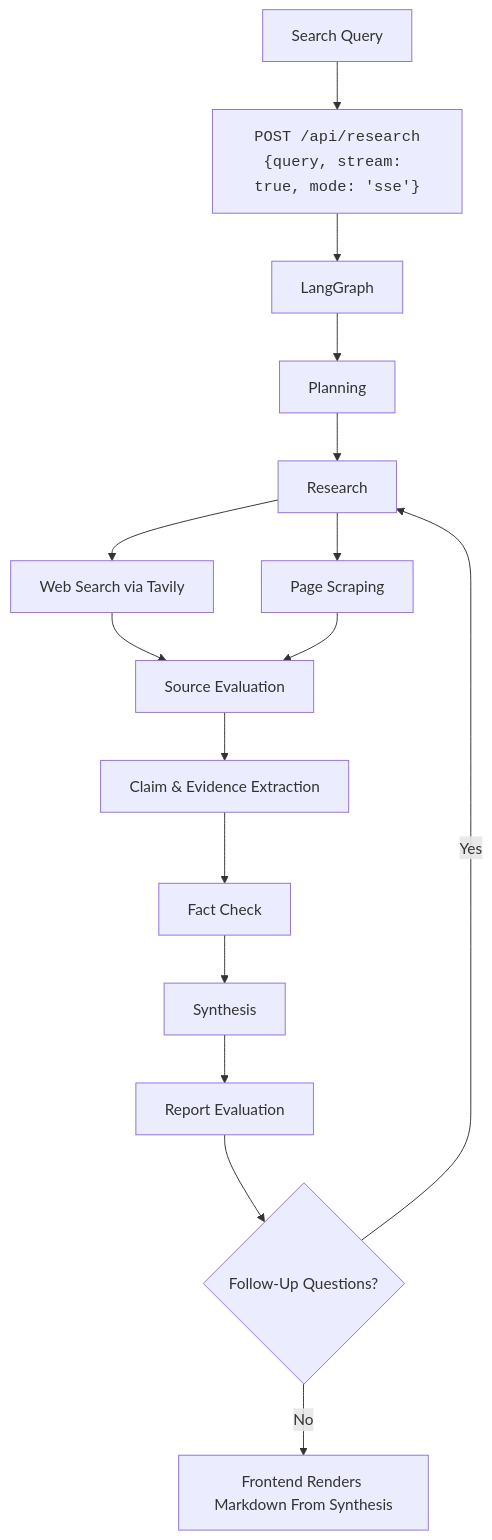
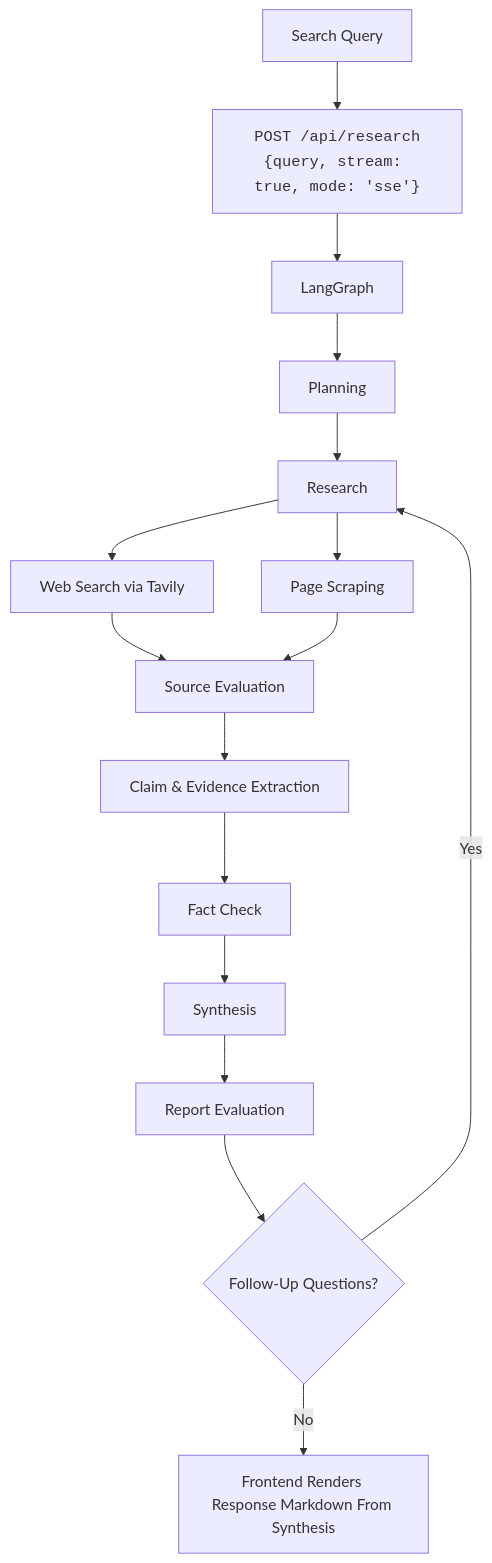
Before and after one commit to RaptorAssassin/research-agent: the diagram in README.md, drawn with Mermaid. The commit also changed other lines of this file and 5 other files, not shown here.

````diff
--- a/README.md
+++ b/README.md
@@ -8,18 +9,18 @@
 ```mermaid
 graph TD
     searchQuery[Search Query] --> apiCall["<code>POST /api/research</code><br><code>{query, stream: true, mode: 'sse'}</code>"]
     apiCall --> langgraph[LangGraph ]
     langgraph --> planning[Planning]
     planning --> research[Research]
     research --> webSearch[Web Search via Tavily]
     research --> webScrape[Page Scraping]
     webSearch --> sourceEvaluation[Source Evaluation]
     webScrape --> sourceEvaluation
     sourceEvaluation --> claimExtraction[Claim & Evidence Extraction]
     claimExtraction --> factCheck[Fact Check]
     factCheck --> synthesis[Synthesis]
     synthesis --> reportEvaluation[Report Evaluation]
     reportEvaluation --> followUp{Follow-Up Questions?}
     followUp -- Yes --> research
-    followUp -- No --> render[Frontend Renders Markdown From Synthesis]
+    followUp -- No --> render[Frontend Renders Response Markdown From Synthesis]
 ```
````
